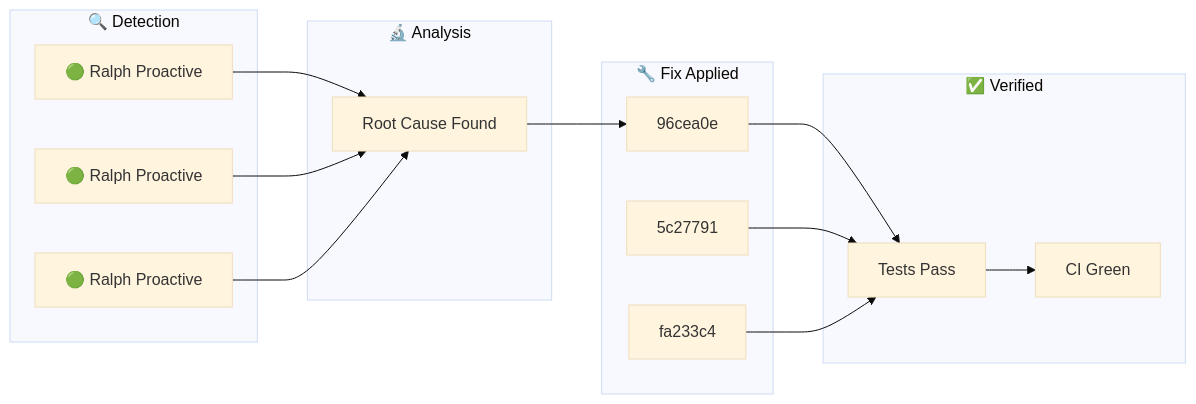
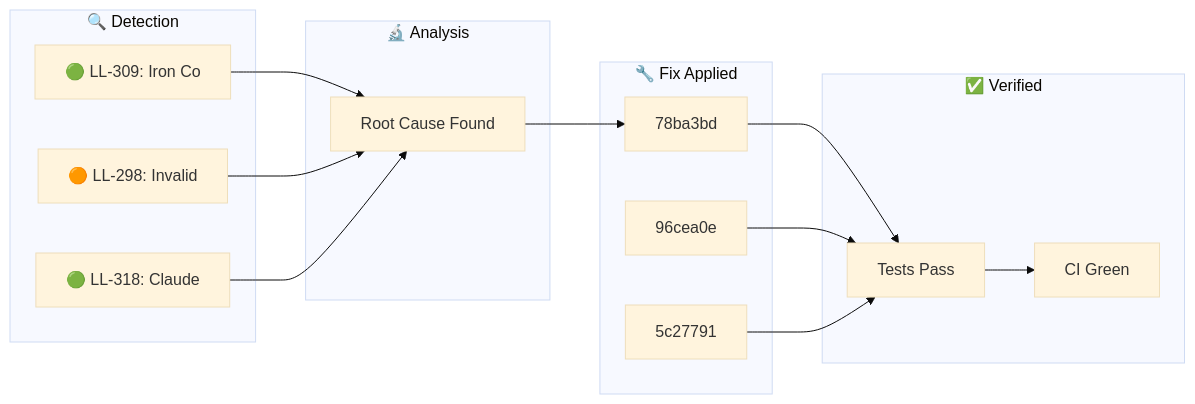
One commit to YoByron/trading changed the diagram in docs/_posts/2026-02-01-ralph-discovery.md. Above: the diagram before and after it, drawn with Mermaid (base theme). The commit also changed other lines of this file, not shown here.

Commit message:
docs(ralph): Auto-publish discovery blog post

````diff
--- a/docs/_posts/2026-02-01-ralph-discovery.md
+++ b/docs/_posts/2026-02-01-ralph-discovery.md
@@ -17,28 +17,28 @@
 ```mermaid
 flowchart LR
     subgraph Detection["🔍 Detection"]
-        D1["🟢 Ralph Proactive"]
-        D2["🟢 Ralph Proactive"]
-        D3["🟢 Ralph Proactive"]
+        D1["🟢 LL-309: Iron Co"]
+        D2["🟠 LL-298: Invalid"]
+        D3["🟢 LL-318: Claude "]
     end
     subgraph Analysis["🔬 Analysis"]
         A1["Root Cause Found"]
     end
     subgraph Fix["🔧 Fix Applied"]
-        F1["96cea0e"]
-        F2["5c27791"]
-        F3["fa233c4"]
+        F1["78ba3bd"]
+        F2["96cea0e"]
+        F3["5c27791"]
     end
     subgraph Verify["✅ Verified"]
         V1["Tests Pass"]
         V2["CI Green"]
     end
     D1 --> A1
     D2 --> A1
     D3 --> A1
     A1 --> F1
     F1 --> V1
     F2 --> V1
     F3 --> V1
     V1 --> V2
 ```
````
